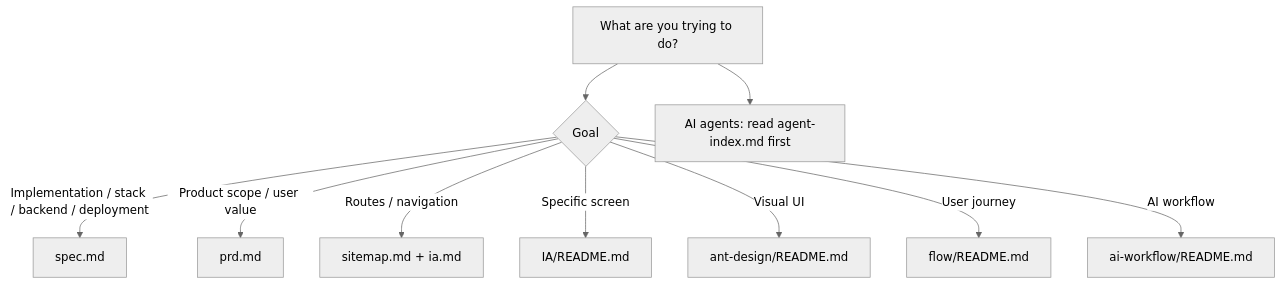
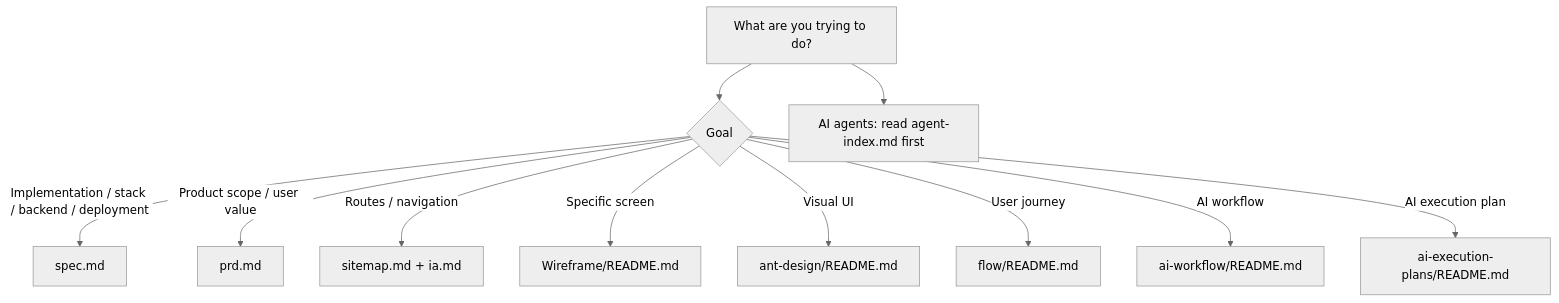
Before and after one commit to blackstarzck/topik-project-v13: the diagram in docs/README.md, drawn with Mermaid (neutral theme). The commit also changed other lines of this file and 292 other files, not shown here.

````diff
--- a/docs/README.md
+++ b/docs/README.md
@@ -9,12 +9,13 @@
 ```mermaid
 flowchart TD
     A["What are you trying to do?"] --> B{"Goal"}
     A --> X["AI agents: read agent-index.md first"]
     B -->|"Implementation / stack / backend / deployment"| C["spec.md"]
     B -->|"Product scope / user value"| D["prd.md"]
     B -->|"Routes / navigation"| E["sitemap.md + ia.md"]
-    B -->|"Specific screen"| F["IA/README.md"]
+    B -->|"Specific screen"| F["Wireframe/README.md"]
     B -->|"Visual UI"| G["ant-design/README.md"]
     B -->|"User journey"| H["flow/README.md"]
     B -->|"AI workflow"| I["ai-workflow/README.md"]
+    B -->|"AI execution plan"| J["ai-execution-plans/README.md"]
 ```
````
